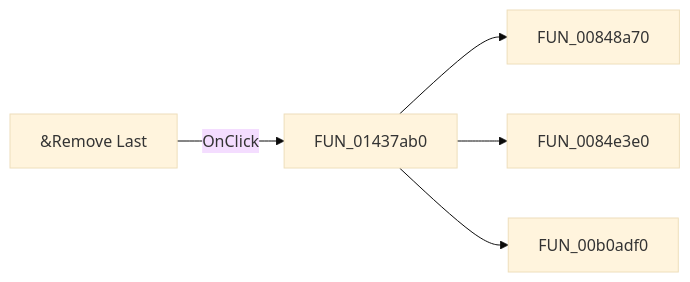
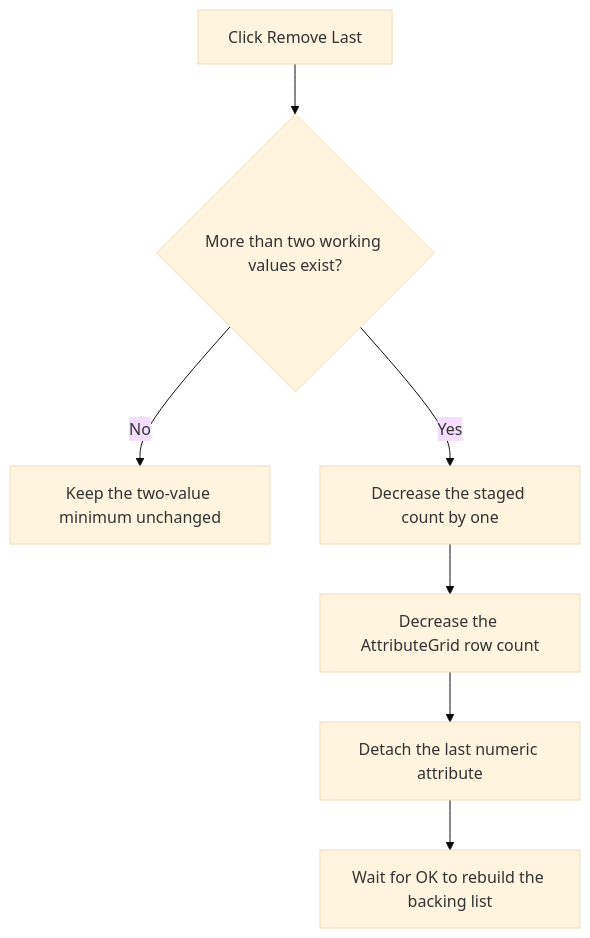
One commit to MovGP0/TIARA changed the diagram in docs/ui-controls/parsteplisteditor/removelast-fca04d3603.md. Above: the diagram before and after it, drawn with Mermaid (base theme). The commit also changed other lines of this file and 1062 other files, not shown here.

````diff
--- a/docs/ui-controls/parsteplisteditor/removelast-fca04d3603.md
+++ b/docs/ui-controls/parsteplisteditor/removelast-fca04d3603.md
@@ -27,7 +39,9 @@
 ```mermaid
-flowchart LR
-    control["&Remove Last"] -->|OnClick| handler["FUN_01437ab0"]
-    handler --> call1["FUN_00848a70"]
-    handler --> call2["FUN_0084e3e0"]
-    handler --> call3["FUN_00b0adf0"]
+flowchart TD
+    control["Click Remove Last"] --> minimum{"More than two working values exist?"}
+    minimum -->|No| noAction["Keep the two-value minimum unchanged"]
+    minimum -->|Yes| count["Decrease the staged count by one"]
+    count --> row["Decrease the AttributeGrid row count"]
+    row --> remove["Detach the last numeric attribute"]
+    remove --> later["Wait for OK to rebuild the backing list"]
 ```
````
